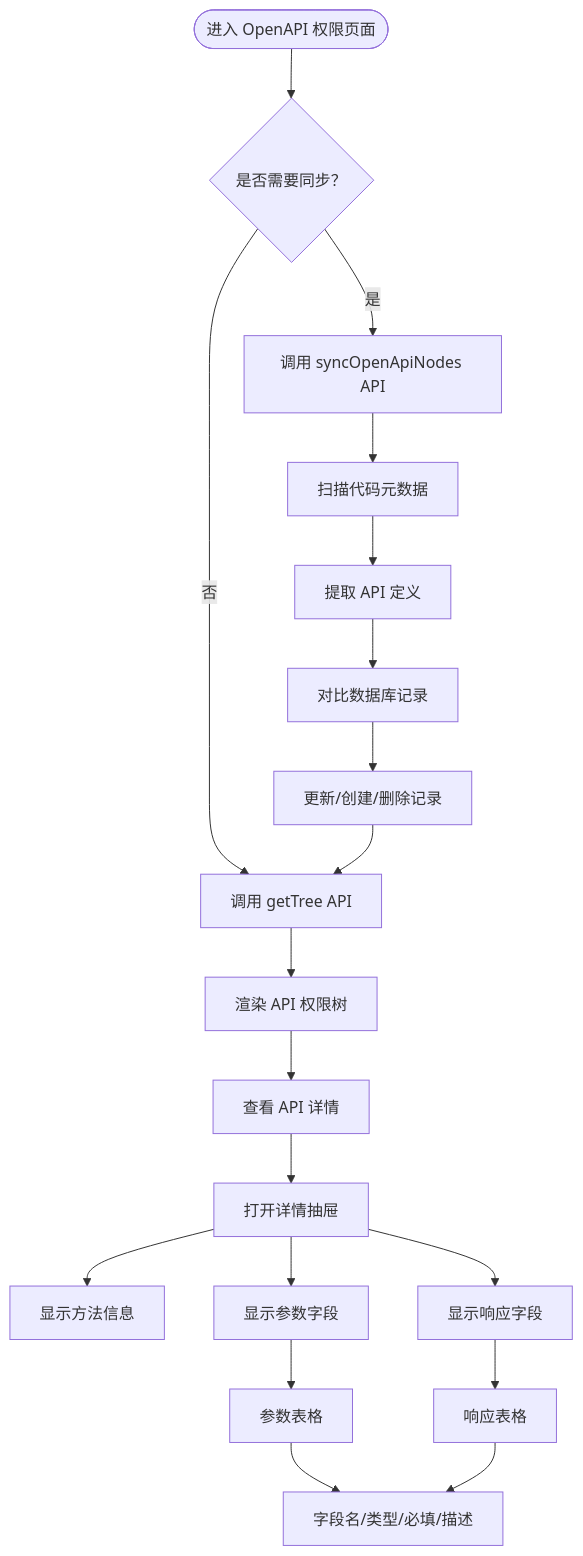
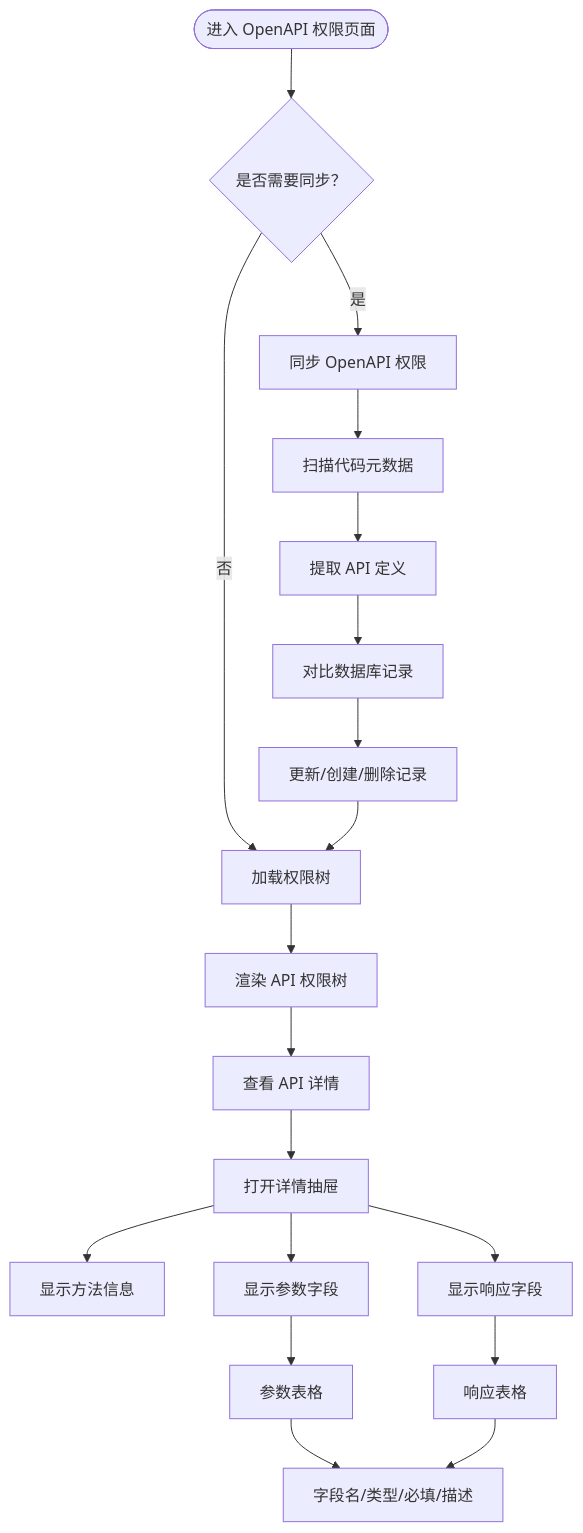
One commit to huyumo/moyan-mfw changed the second of 2 diagrams in docs/permission-management.md. Above: the diagram before and after it, drawn with Mermaid. The commit also changed other lines of this file and 10 other files, not shown here.

````diff
--- a/docs/permission-management.md
+++ b/docs/permission-management.md
@@ -112,27 +109,27 @@
 ```mermaid
 flowchart TD
     Start([进入 OpenAPI 权限页面]) --> SyncCheck{是否需要同步？}
 
-    SyncCheck -->|是 | SyncAPI[调用 syncOpenApiNodes API]
-    SyncCheck -->|否 | LoadTree[调用 getTree API]
+    SyncCheck -->|是 | SyncAPI[同步 OpenAPI 权限]
+    SyncCheck -->|否 | LoadTree[加载权限树]
 
     SyncAPI --> ScanCode[扫描代码元数据]
     ScanCode --> ExtractAPI[提取 API 定义]
     ExtractAPI --> CompareDB[对比数据库记录]
     CompareDB --> UpdateRecords[更新/创建/删除记录]
     UpdateRecords --> LoadTree
 
     LoadTree --> RenderTree[渲染 API 权限树]
     RenderTree --> ViewDetail[查看 API 详情]
 
     ViewDetail --> DetailDrawer[打开详情抽屉]
     DetailDrawer --> ShowMethodInfo[显示方法信息]
     DetailDrawer --> ShowParamFields[显示参数字段]
     DetailDrawer --> ShowResultFields[显示响应字段]
 
     ShowParamFields --> ParamTable[参数表格]
     ShowResultFields --> ResultTable[响应表格]
 
     ParamTable --> FieldInfo[字段名/类型/必填/描述]
     ResultTable --> FieldInfo
 ```
````
